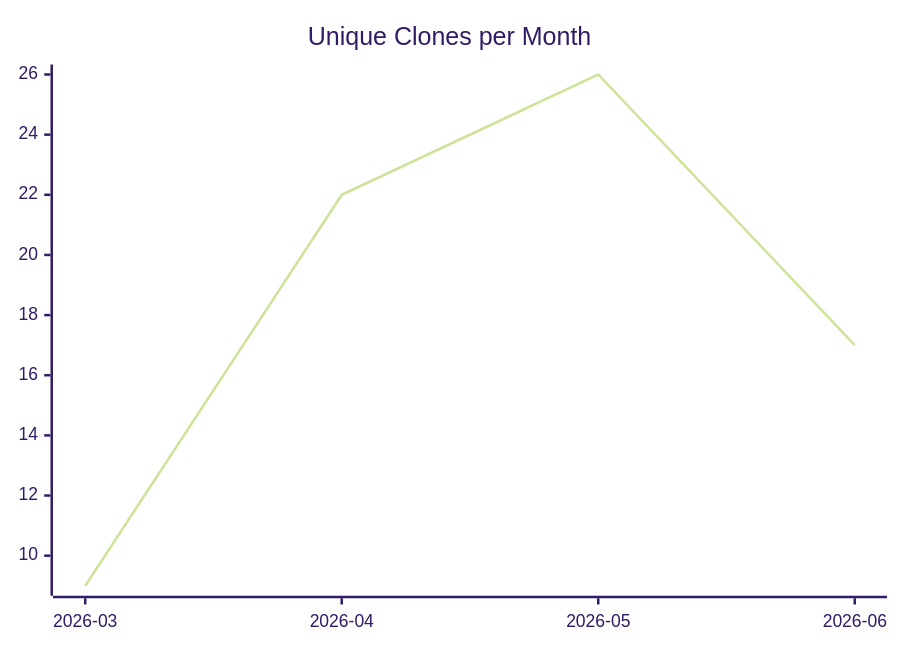
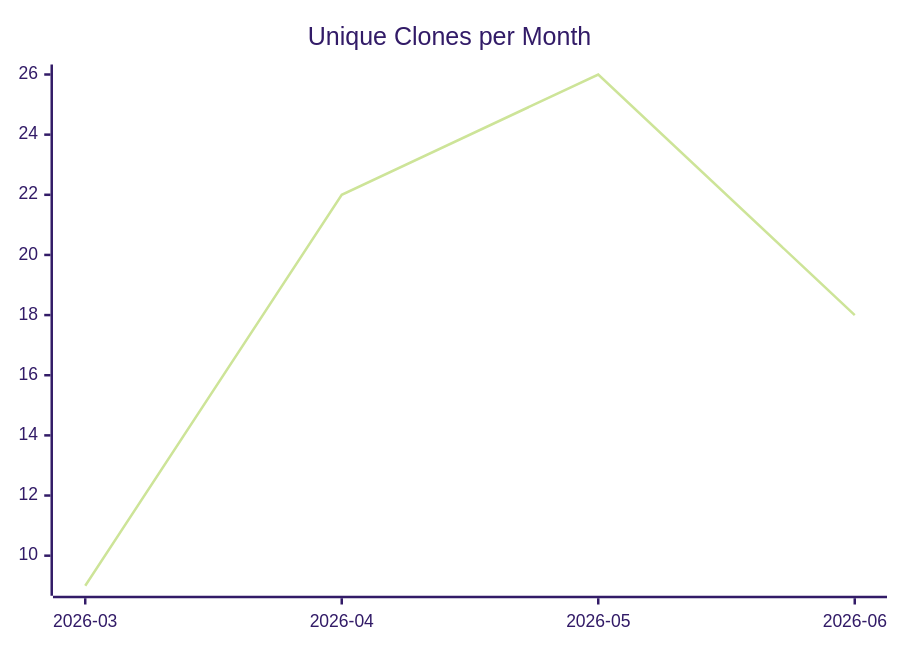
Before and after one commit to justdavis-family/github-analytics-data: the third of 3 diagrams in karlmdavis/lego-ev3dev-rs/README.md, drawn with Mermaid (forest theme). The commit also changed other lines of this file and 197 other files, not shown here.

````diff
--- a/karlmdavis/lego-ev3dev-rs/README.md
+++ b/karlmdavis/lego-ev3dev-rs/README.md
@@ -19,6 +19,6 @@
 ```mermaid
 xychart-beta
   title "Unique Clones per Month"
   x-axis ["2026-03", "2026-04", "2026-05", "2026-06"]
-  line [9, 22, 26, 17]
+  line [9, 22, 26, 18]
 ```
````
